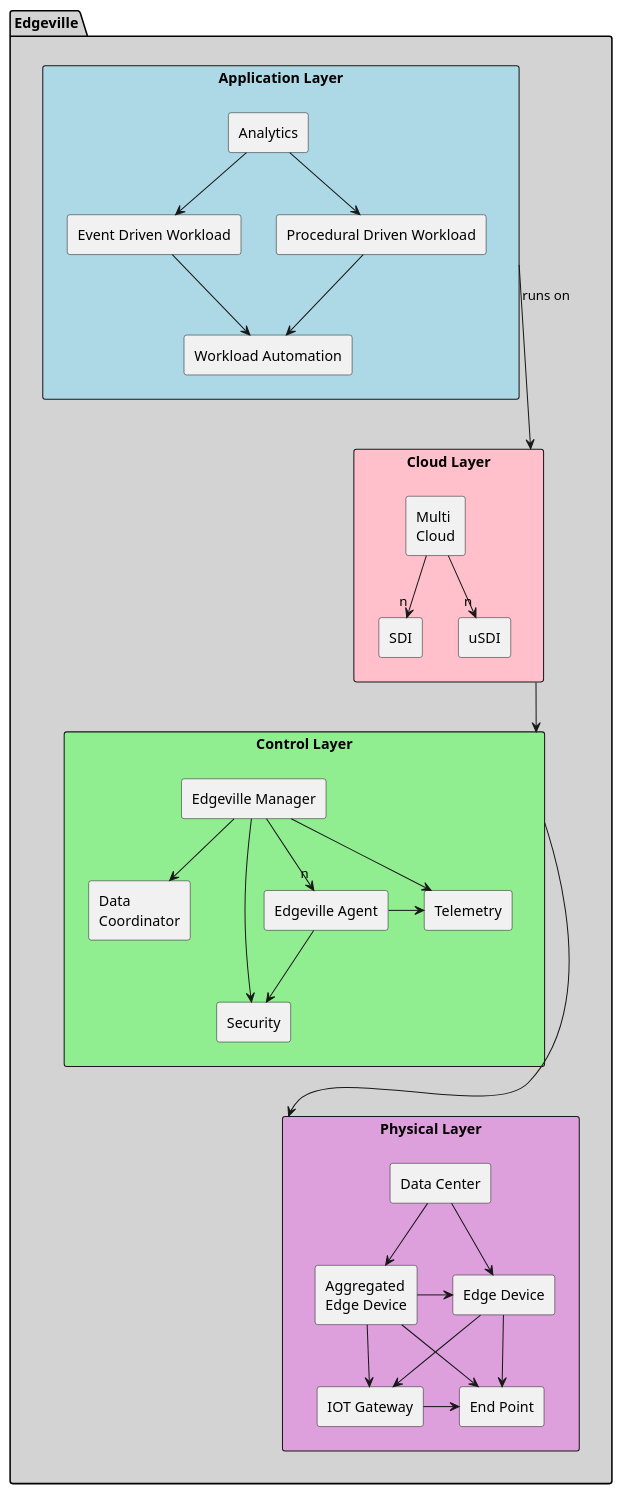
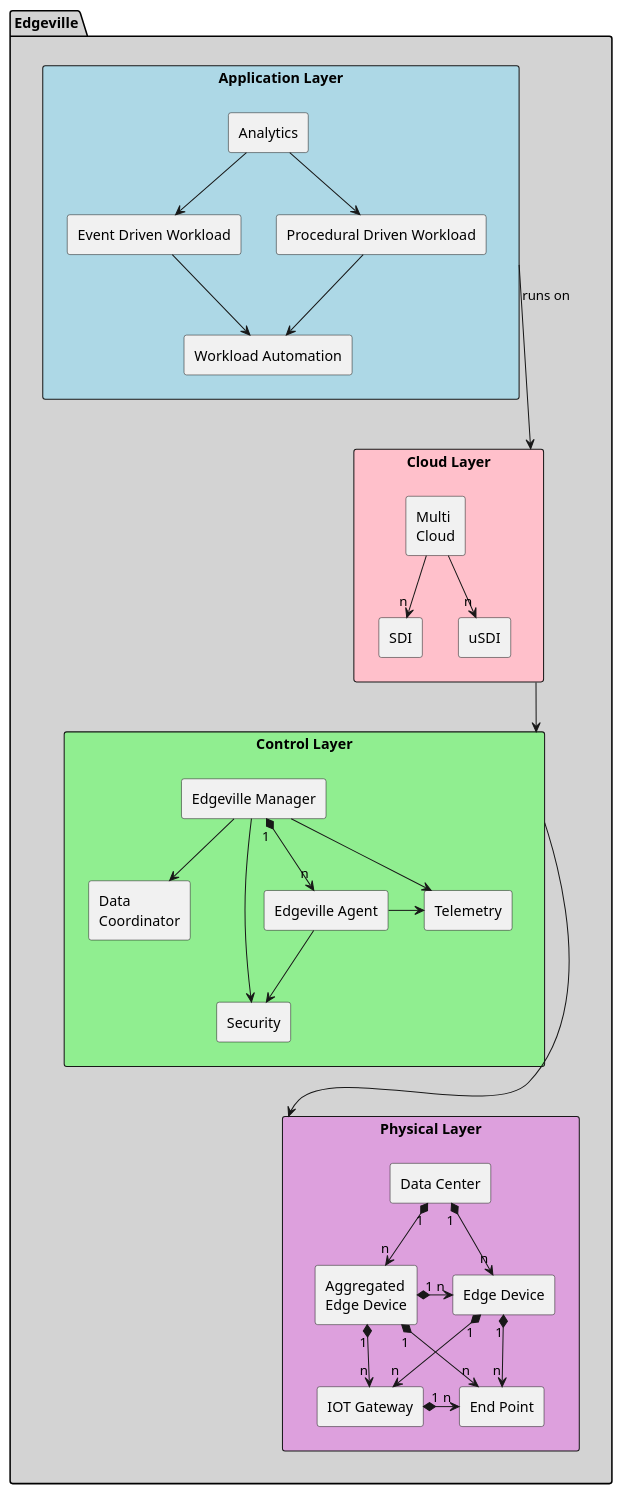
One commit to CAADE/edgeville changed the diagram in docs/Solution/HighLevelLogical.puml. Above: the diagram before and after it, drawn with PlantUML.

Commit message:
Clean up the layers.

```diff
--- a/docs/Solution/HighLevelLogical.puml
+++ b/docs/Solution/HighLevelLogical.puml
@@ -1,54 +1,54 @@
 @startuml
 
 package Edgeville #lightgray {
     rectangle "Cloud Layer" as Cloud #pink {
       rectangle "SDI"
       rectangle "uSDI"
       rectangle "Multi\nCloud" as HC
       HC --> "n" SDI
       HC --> "n" uSDI
     }
     rectangle "Control Layer" as Control #lightgreen {
       rectangle "Data\nCoordinator" as DC
       rectangle "Edgeville Manager" as EM
       rectangle "Edgeville Agent" as EA
       rectangle "Telemetry" as Telemetry
       rectangle "Security" as Security
-      EM --> "n" EA
+      EM "1" *--> "n" EA
       EM --> DC
       EM -> Telemetry
       EA -> Telemetry
       EM --> Security
       EA --> Security
     }
     rectangle "Application Layer" as AL #lightblue {
       rectangle "Analytics" as ALA
       rectangle "Event Driven Workload" as ALE
       rectangle "Procedural Driven Workload" as ALP
       rectangle "Workload Automation" as ALW
       ALA --> ALP
       ALA --> ALE
       ALE --> ALW
       ALP --> ALW
     }
     rectangle "Physical Layer" as PL #plum {
       rectangle "Data Center" as PLDC
       rectangle "Aggregated\nEdge Device" as AED
       rectangle "Edge Device" as ED
       rectangle "End Point" as EP
       rectangle "IOT Gateway" as IG
-      PLDC -> AED
-      PLDC --> ED
-      AED -> ED
-      AED --> IG
-      AED --> EP
-      ED -> IG
-      IG -> EP
-      ED --> EP
+      PLDC "1" *-> "n" AED
+      PLDC "1" *--> "n" ED
+      AED "1" *-> "n" ED
+      AED "1" *--> "n" IG
+      AED "1" *--> "n" EP
+      ED "1" *-> "n" IG
+      IG "1" *-> "n" EP
+      ED "1" *--> "n" EP
     }
 
     AL ----> Cloud : runs on
     Cloud ---> Control
     Control ----> PL
 }
 @enduml
```
